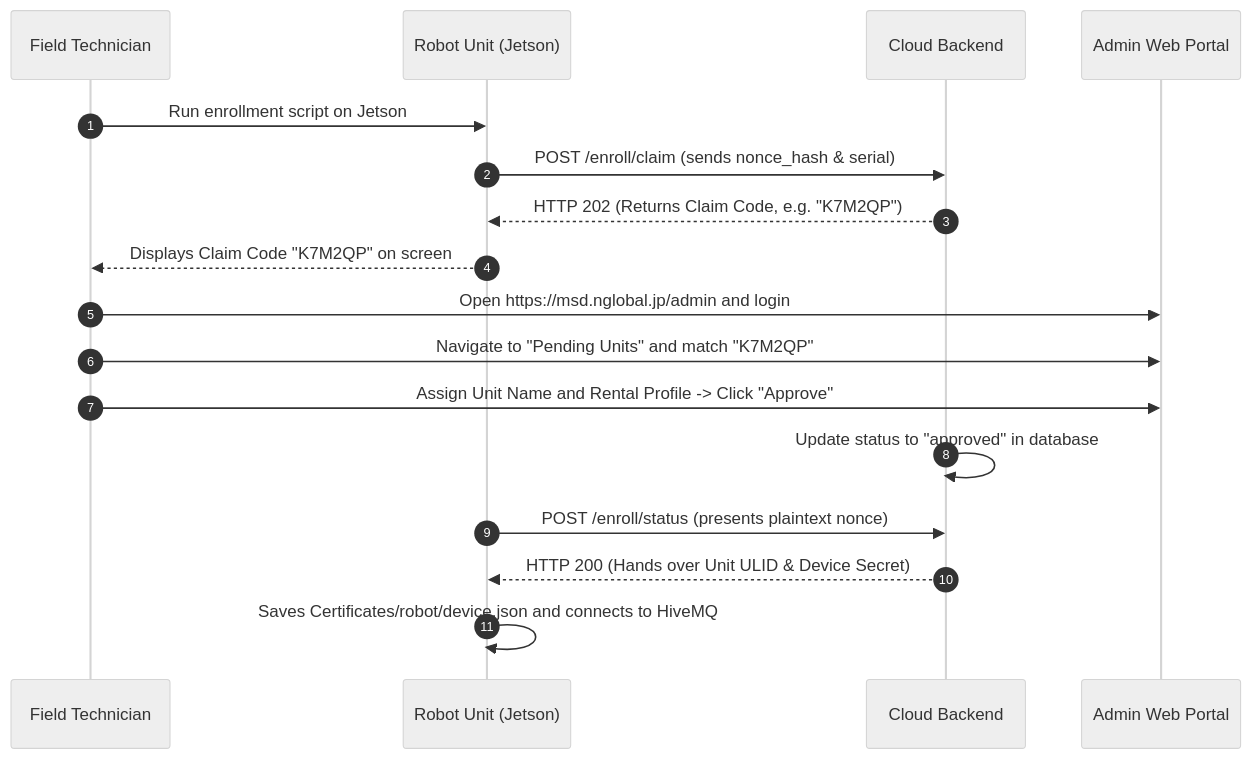
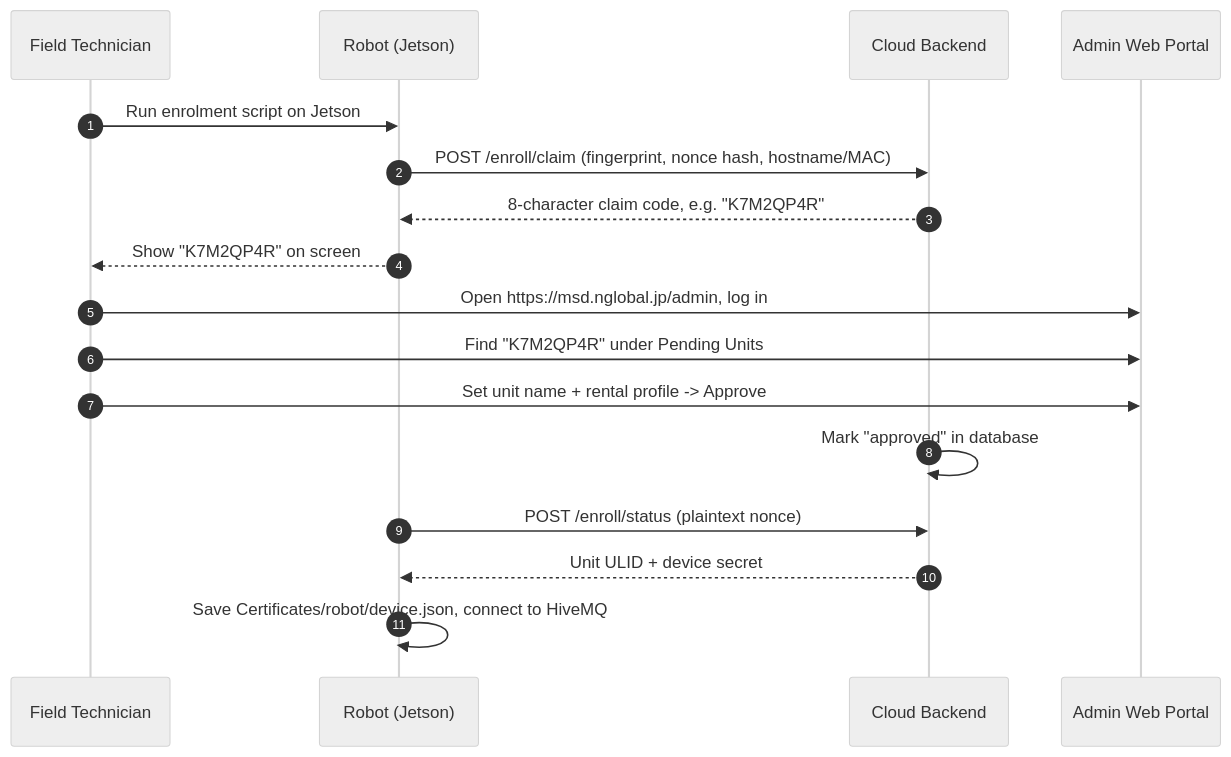
Before and after one commit to itbdelaboprogramming/msd700_documentation: the second of 2 diagrams in docs/setup/server-setup.md, drawn with Mermaid (neutral theme). The commit also changed other lines of this file and 110 other files, not shown here.

````diff
--- a/docs/setup/server-setup.md
+++ b/docs/setup/server-setup.md
@@ -275,22 +300,22 @@
 ```mermaid
 sequenceDiagram
   autonumber
   participant Tech as Field Technician
-  participant Unit as Robot Unit (Jetson)
+  participant Unit as Robot (Jetson)
   participant Server as Cloud Backend
   participant Admin as Admin Web Portal
 
-  Tech->>Unit: Run enrollment script on Jetson
-  Unit->>Server: POST /enroll/claim (sends nonce_hash & serial)
-  Server-->>Unit: HTTP 202 (Returns Claim Code, e.g. "K7M2QP")
-  Unit-->>Tech: Displays Claim Code "K7M2QP" on screen
+  Tech->>Unit: Run enrolment script on Jetson
+  Unit->>Server: POST /enroll/claim (fingerprint, nonce hash, hostname/MAC)
+  Server-->>Unit: 8-character claim code, e.g. "K7M2QP4R"
+  Unit-->>Tech: Show "K7M2QP4R" on screen
 
-  Tech->>Admin: Open https://msd.nglobal.jp/admin and login
-  Tech->>Admin: Navigate to "Pending Units" and match "K7M2QP"
-  Tech->>Admin: Assign Unit Name and Rental Profile -> Click "Approve"
+  Tech->>Admin: Open https://msd.nglobal.jp/admin, log in
+  Tech->>Admin: Find "K7M2QP4R" under Pending Units
+  Tech->>Admin: Set unit name + rental profile -> Approve
 
-  Server->>Server: Update status to "approved" in database
-  Unit->>Server: POST /enroll/status (presents plaintext nonce)
-  Server-->>Unit: HTTP 200 (Hands over Unit ULID & Device Secret)
-  Unit->>Unit: Saves Certificates/robot/device.json and connects to HiveMQ
+  Server->>Server: Mark "approved" in database
+  Unit->>Server: POST /enroll/status (plaintext nonce)
+  Server-->>Unit: Unit ULID + device secret
+  Unit->>Unit: Save Certificates/robot/device.json, connect to HiveMQ
 ```
````
